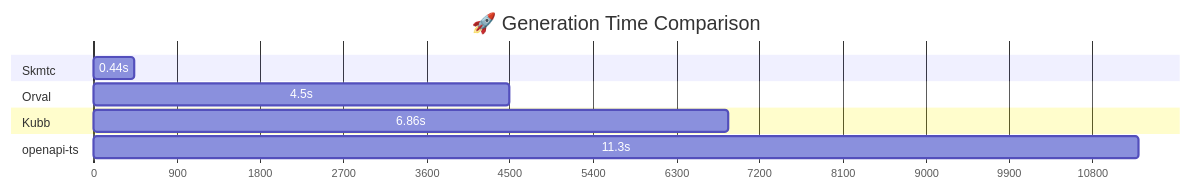
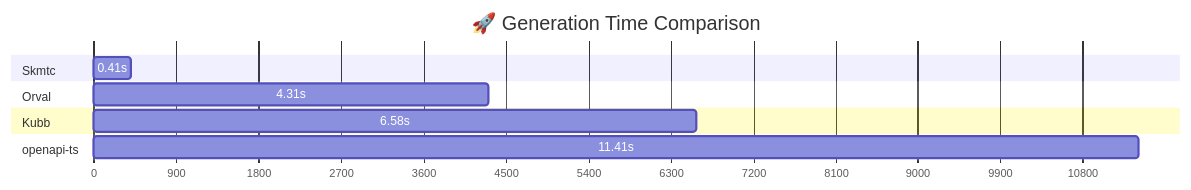
The diagram in README.md (skmtc/openapi-codegen-benchmarks), drawn with Mermaid before and after one commit. The commit also changed other lines of this file and 5 other files, not shown here.

````diff
--- a/README.md
+++ b/README.md
@@ -24,18 +24,18 @@
 ```mermaid
 gantt
     title 🚀 Generation Time Comparison
     dateFormat X
     axisFormat %s
     
     section Skmtc
-    0.44s :0, 442
+    0.41s :0, 409
     
     section Orval
-    4.5s :0, 4498
+    4.31s :0, 4311
     
     section Kubb
-    6.86s :0, 6864
+    6.58s :0, 6575
     
     section openapi-ts
-    11.3s :0, 11300
+    11.41s :0, 11408
 ```
````
